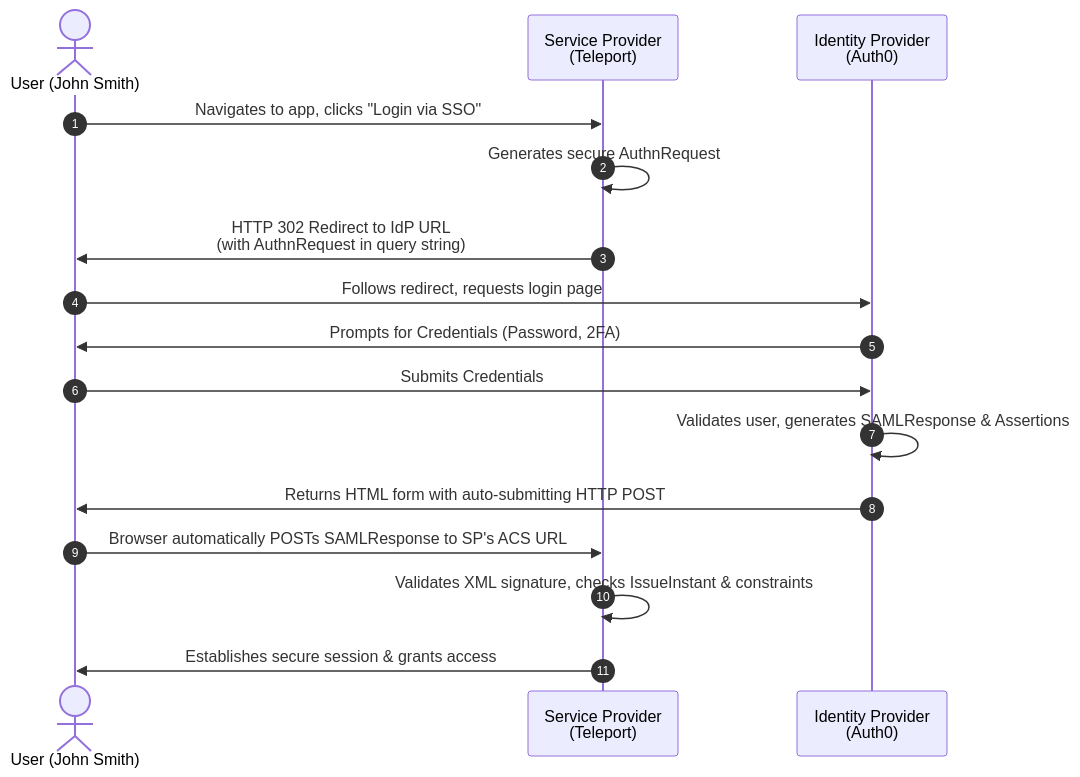
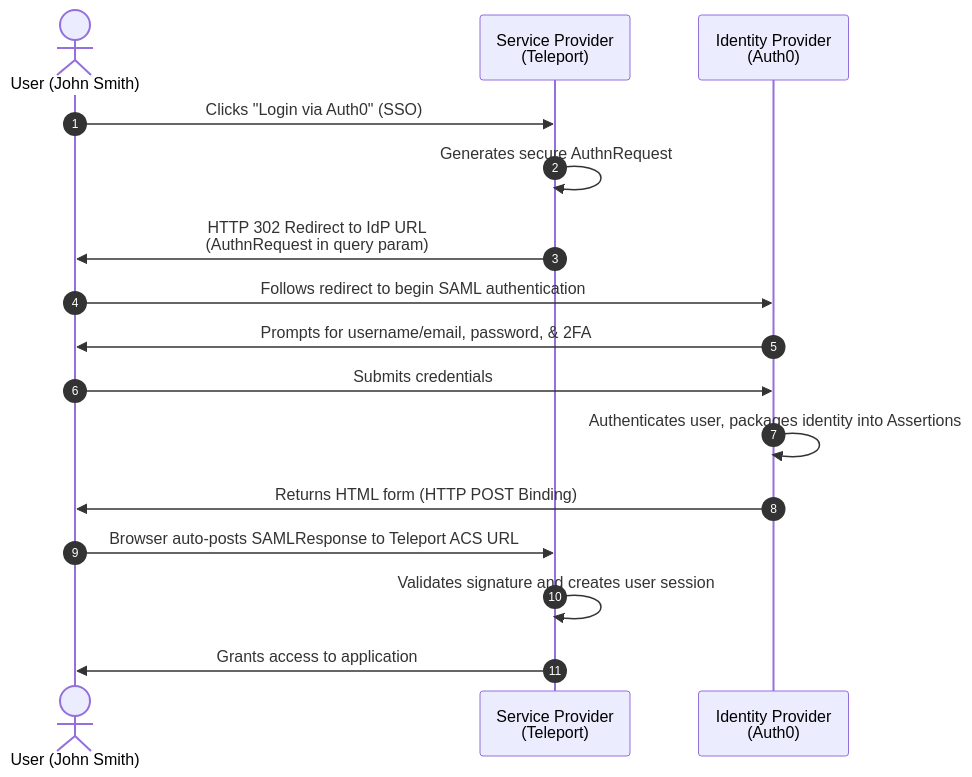
One commit to nirajp82/IdentityAccessManagement_IAM changed the diagram in 02_AuthN_Federation/07_SAML_Auth.md. Above: the diagram before and after it, drawn with Mermaid. The commit also changed other lines of this file, not shown here.

````diff
--- a/02_AuthN_Federation/07_SAML_Auth.md
+++ b/02_AuthN_Federation/07_SAML_Auth.md
@@ -56,20 +88,20 @@
 ```mermaid
 sequenceDiagram
     autonumber
     actor Principal as User (John Smith)
     participant SP as Service Provider<br/>(Teleport)
     participant IdP as Identity Provider<br/>(Auth0)
 
-    Principal->>SP: Navigates to app, clicks "Login via SSO"
+    Principal->>SP: Clicks "Login via Auth0" (SSO)
     SP->>SP: Generates secure AuthnRequest
-    SP->>Principal: HTTP 302 Redirect to IdP URL<br/>(with AuthnRequest in query string)
-    Principal->>IdP: Follows redirect, requests login page
-    IdP->>Principal: Prompts for Credentials (Password, 2FA)
-    Principal->>IdP: Submits Credentials
-    IdP->>IdP: Validates user, generates SAMLResponse & Assertions
-    IdP->>Principal: Returns HTML form with auto-submitting HTTP POST
-    Principal->>SP: Browser automatically POSTs SAMLResponse to SP's ACS URL
-    SP->>SP: Validates XML signature, checks IssueInstant & constraints
-    SP->>Principal: Establishes secure session & grants access
+    SP->>Principal: HTTP 302 Redirect to IdP URL<br/>(AuthnRequest in query param)
+    Principal->>IdP: Follows redirect to begin SAML authentication
+    IdP->>Principal: Prompts for username/email, password, & 2FA
+    Principal->>IdP: Submits credentials
+    IdP->>IdP: Authenticates user, packages identity into Assertions
+    IdP->>Principal: Returns HTML form (HTTP POST Binding)
+    Principal->>SP: Browser auto-posts SAMLResponse to Teleport ACS URL
+    SP->>SP: Validates signature and creates user session
+    SP->>Principal: Grants access to application
 
 ```
````
